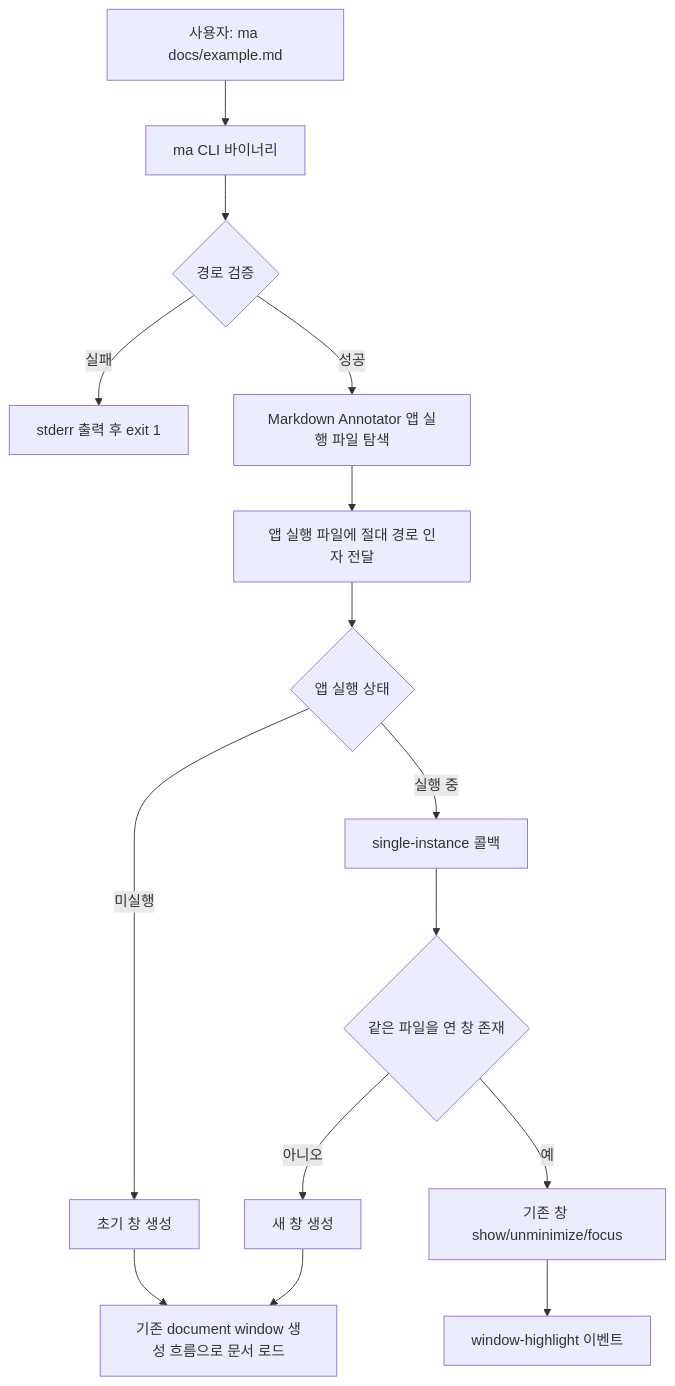
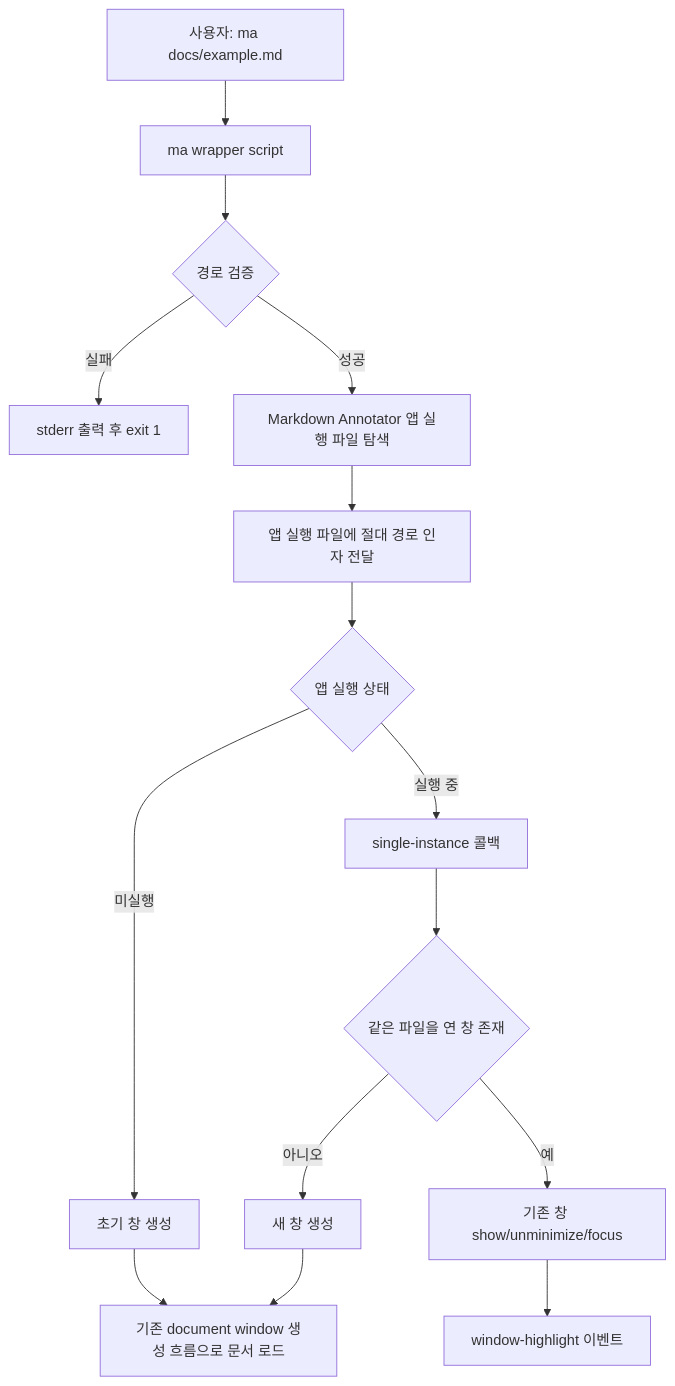
The first of 4 diagrams in docs/cli-open-markdown-plan.md (yoophi/markdown-annotator), drawn with Mermaid before and after one commit. The commit also changed other lines of this file and 5 other files, not shown here.

````diff
--- a/docs/cli-open-markdown-plan.md
+++ b/docs/cli-open-markdown-plan.md
@@ -32,17 +32,17 @@
 ```mermaid
 flowchart TD
-    A["사용자: ma docs/example.md"] --> B["ma CLI 바이너리"]
+    A["사용자: ma docs/example.md"] --> B["ma wrapper script"]
     B --> C{"경로 검증"}
     C -- "실패" --> D["stderr 출력 후 exit 1"]
     C -- "성공" --> E["Markdown Annotator 앱 실행 파일 탐색"]
     E --> F["앱 실행 파일에 절대 경로 인자 전달"]
     F --> G{"앱 실행 상태"}
     G -- "미실행" --> H["초기 창 생성"]
     G -- "실행 중" --> I["single-instance 콜백"]
     H --> J["기존 document window 생성 흐름으로 문서 로드"]
     I --> K{"같은 파일을 연 창 존재"}
     K -- "예" --> L["기존 창 show/unminimize/focus"]
     L --> M["window-highlight 이벤트"]
     K -- "아니오" --> N["새 창 생성"]
     N --> J
 ```
````
